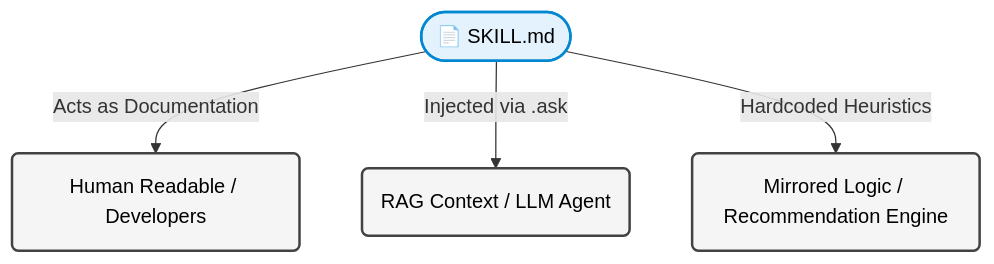
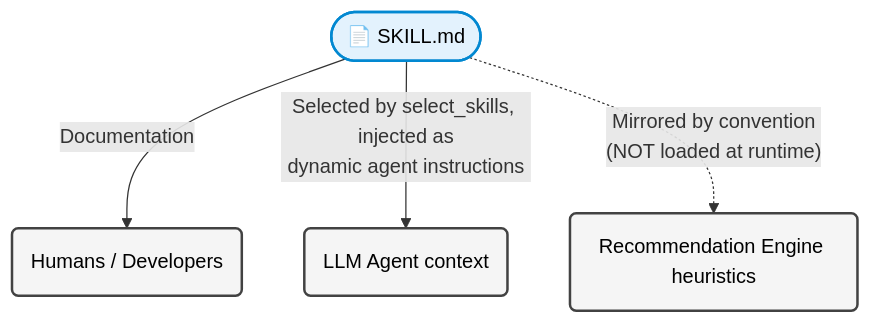
Before and after one commit to skforecast/skforecast-ai: the eighth of 8 diagrams in docs/user_guides/architecture-and-logic.md, drawn with Mermaid. The commit also changed other lines of this file, not shown here.

Commit message:
update arquitecture and logic docs

````diff
--- a/docs/user_guides/architecture-and-logic.md
+++ b/docs/user_guides/architecture-and-logic.md
@@ -193,9 +266,9 @@
 ```mermaid
 flowchart TD
     classDef doc fill:#e3f2fd,stroke:#0288d1,stroke-width:2px,color:#000
     classDef target fill:#f5f5f5,stroke:#424242,stroke-width:2px,color:#000
 
-    A([📄 SKILL.md]):::doc -->|Acts as Documentation| B(Human Readable / Developers):::target
-    A -->|Injected via .ask| C(RAG Context / LLM Agent):::target
-    A -->|Hardcoded Heuristics| D(Mirrored Logic / Recommendation Engine):::target
+    A([📄 SKILL.md]):::doc -->|Documentation| B(Humans / Developers):::target
+    A -->|"Selected by select_skills, injected as<br/>dynamic agent instructions"| C(LLM Agent context):::target
+    A -. "Mirrored by convention<br/>(NOT loaded at runtime)" .-> D(Recommendation Engine heuristics):::target
 ```
````
